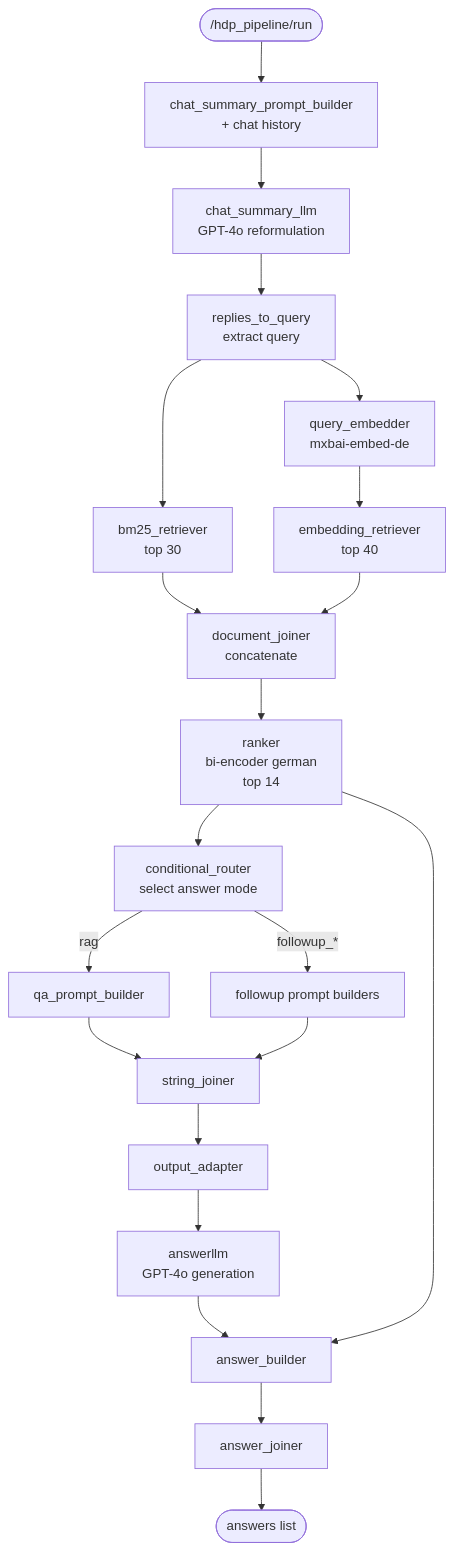
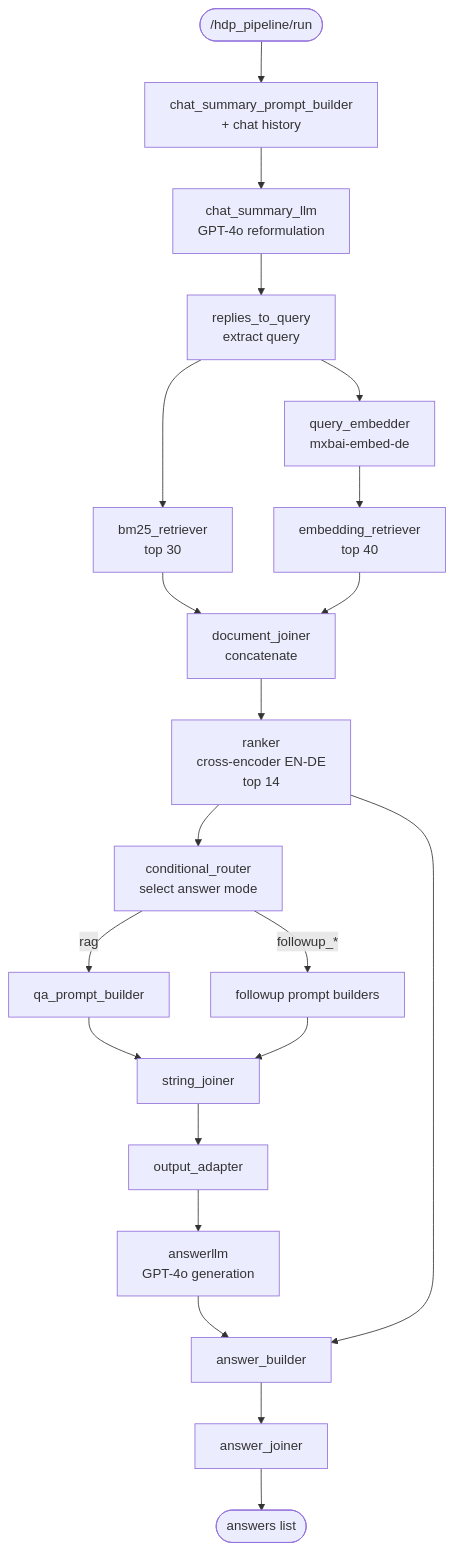
One commit to Sidiberlin/hdp changed the diagram in docs/modules/haystack-pipeline.md. Above: the diagram before and after it, drawn with Mermaid. The commit also changed other lines of this file and 9 other files, not shown here.

````diff
--- a/docs/modules/haystack-pipeline.md
+++ b/docs/modules/haystack-pipeline.md
@@ -60,23 +60,23 @@
 ```mermaid
 flowchart TD
     Input([/hdp_pipeline/run]) --> CS["chat_summary_prompt_builder<br/>+ chat history"]
     CS --> CSLLM["chat_summary_llm<br/>GPT-4o reformulation"]
     CSLLM --> RTQ["replies_to_query<br/>extract query"]
     RTQ --> BM25["bm25_retriever<br/>top 30"]
     RTQ --> QE["query_embedder<br/>mxbai-embed-de"]
     QE --> ER["embedding_retriever<br/>top 40"]
     BM25 --> DJ["document_joiner<br/>concatenate"]
     ER --> DJ
-    DJ --> RANK["ranker<br/>bi-encoder german<br/>top 14"]
+    DJ --> RANK["ranker<br/>cross-encoder EN-DE<br/>top 14"]
     RANK --> CR["conditional_router<br/>select answer mode"]
     CR -->|"rag"| QAP["qa_prompt_builder"]
     CR -->|"followup_*"| FUP["followup prompt builders"]
     QAP --> SJ["string_joiner"]
     FUP --> SJ
     SJ --> OA["output_adapter"]
     OA --> ALLM["answerllm<br/>GPT-4o generation"]
     ALLM --> AB["answer_builder"]
     RANK --> AB
     AB --> AJ["answer_joiner"]
     AJ --> Output([answers list])
 ```
````
